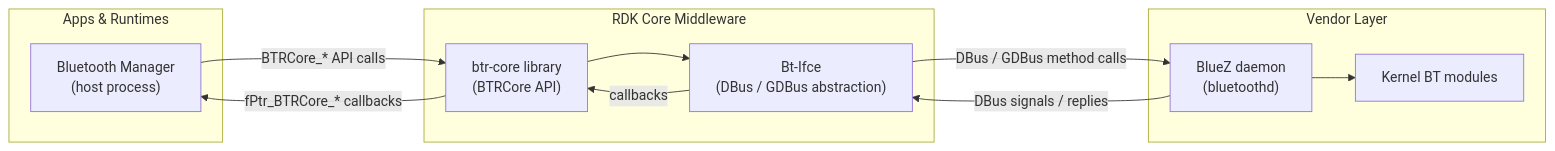
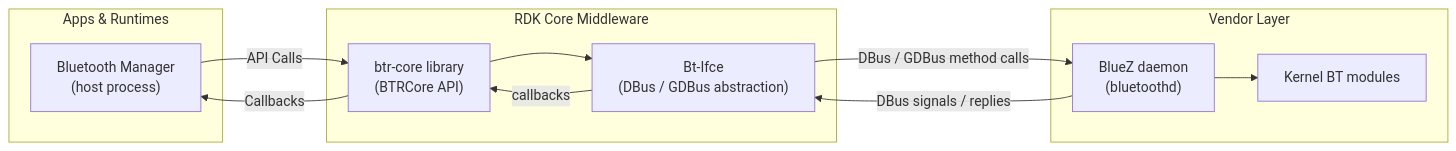
The first of 7 diagrams in docs/docu/RDKV-Documentations/bluetooth-core.md (rns21/RDK_Documentation), drawn with Mermaid before and after one commit. The commit also changed other lines of this file, not shown here.

````diff
--- a/docs/docu/RDKV-Documentations/bluetooth-core.md
+++ b/docs/docu/RDKV-Documentations/bluetooth-core.md
@@ -9,29 +9,29 @@
 ```mermaid
 flowchart LR
 
 classDef Apps stroke:#00B9F1,fill:#E6F7FD,stroke-width:2px;
 classDef RDKMW stroke:#75D701,fill:#F1FFE6,stroke-width:2px;
 classDef VL stroke:#808080,fill:#F2F2F2,stroke-width:2px;
 
 subgraph Apps["Apps & Runtimes"]
     BtMgr["Bluetooth Manager\n(host process)"]
 end
 
 subgraph RDKMW["RDK Core Middleware"]
     BTRCore["btr-core library\n(BTRCore API)"]
     BtIfce["Bt-Ifce\n(DBus / GDBus abstraction)"]
 end
 
 subgraph VL["Vendor Layer"]
     BlueZ["BlueZ daemon\n(bluetoothd)"]
     Kernel["Kernel BT modules"]
 end
 
-BtMgr -->|BTRCore_* API calls| BTRCore
+BtMgr -->|API Calls| BTRCore
 BTRCore --> BtIfce
 BtIfce -->|DBus / GDBus method calls| BlueZ
 BlueZ --> Kernel
 BlueZ -->|DBus signals / replies| BtIfce
 BtIfce -->|callbacks| BTRCore
-BTRCore -->|fPtr_BTRCore_* callbacks| BtMgr
+BTRCore -->|Callbacks| BtMgr
 ```
````
